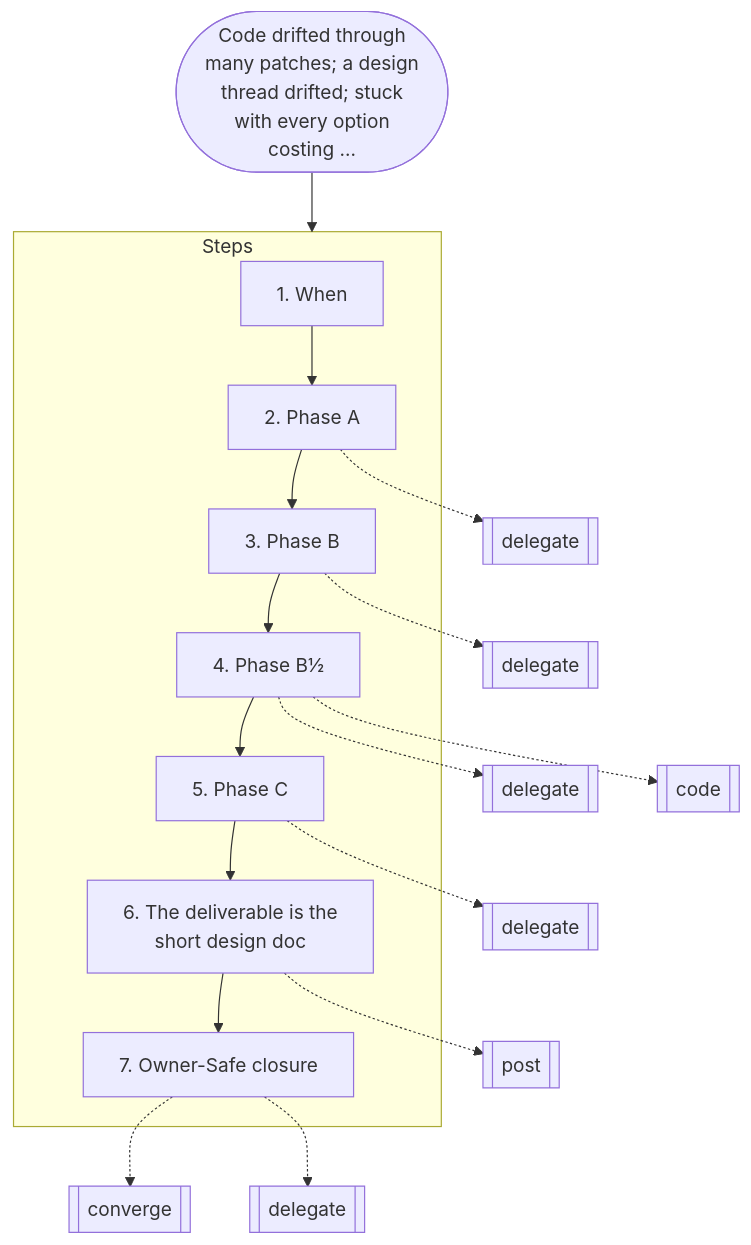
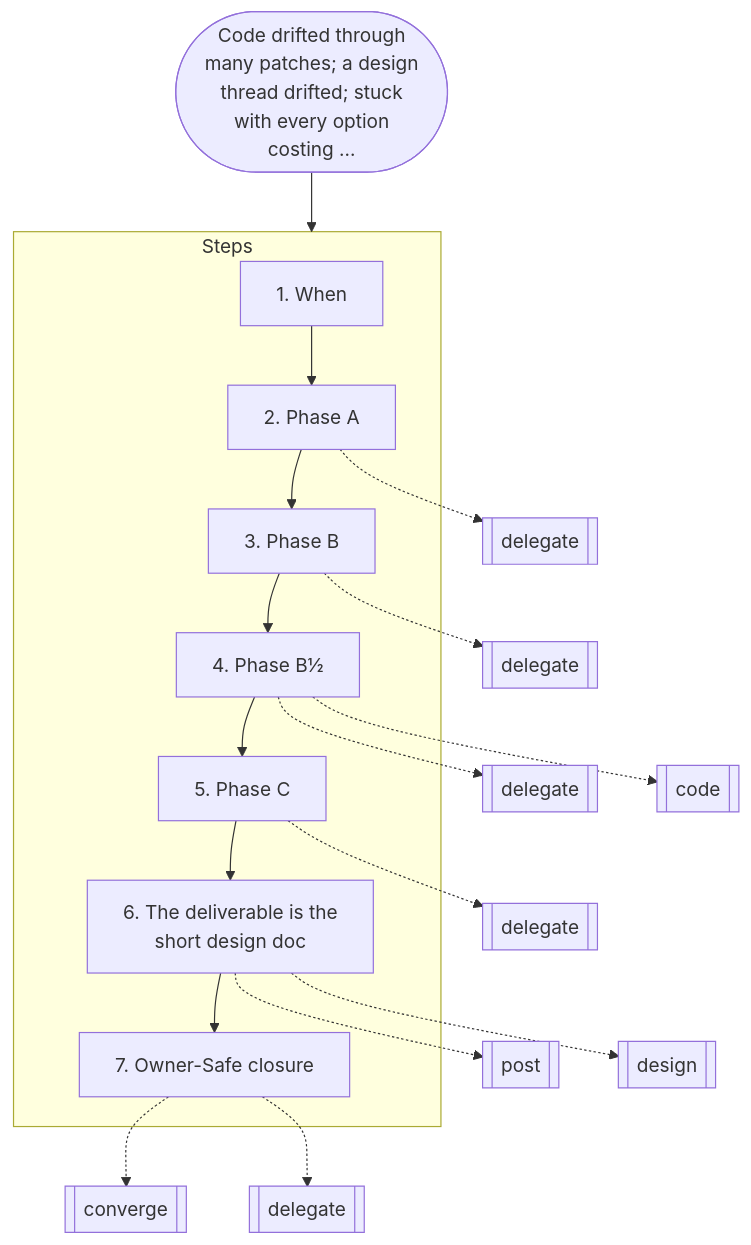
Before and after one commit to nitedani/mergeworthy: diagram 17 of 19 in docs/graphs.md, drawn with Mermaid. The commit also changed other lines of this file and 3 other files, not shown here.

````diff
--- a/docs/graphs.md
+++ b/docs/graphs.md
@@ -505,28 +505,29 @@
 ```mermaid
 flowchart TB
   start(["Code drifted through<br/>many patches; a design<br/>thread drifted; stuck<br/>with every option<br/>costing …"])
   subgraph g0["Steps"]
     s0["1. When"]
     s1["2. Phase A"]
     s0 --> s1
     s2["3. Phase B"]
     s1 --> s2
     s3["4. Phase B½"]
     s2 --> s3
     s4["5. Phase C"]
     s3 --> s4
     s5["6. The deliverable is the<br/>short design doc"]
     s4 --> s5
     s6["7. Owner-Safe closure"]
     s5 --> s6
   end
   s1 -.-> r1[["delegate"]]
   s2 -.-> r2[["delegate"]]
   s3 -.-> r3[["delegate"]]
   s3 -.-> r4[["code"]]
   s4 -.-> r5[["delegate"]]
   s5 -.-> r6[["post"]]
-  s6 -.-> r7[["converge"]]
-  s6 -.-> r8[["delegate"]]
+  s5 -.-> r7[["design"]]
+  s6 -.-> r8[["converge"]]
+  s6 -.-> r9[["delegate"]]
   start --> g0
 ```
````
